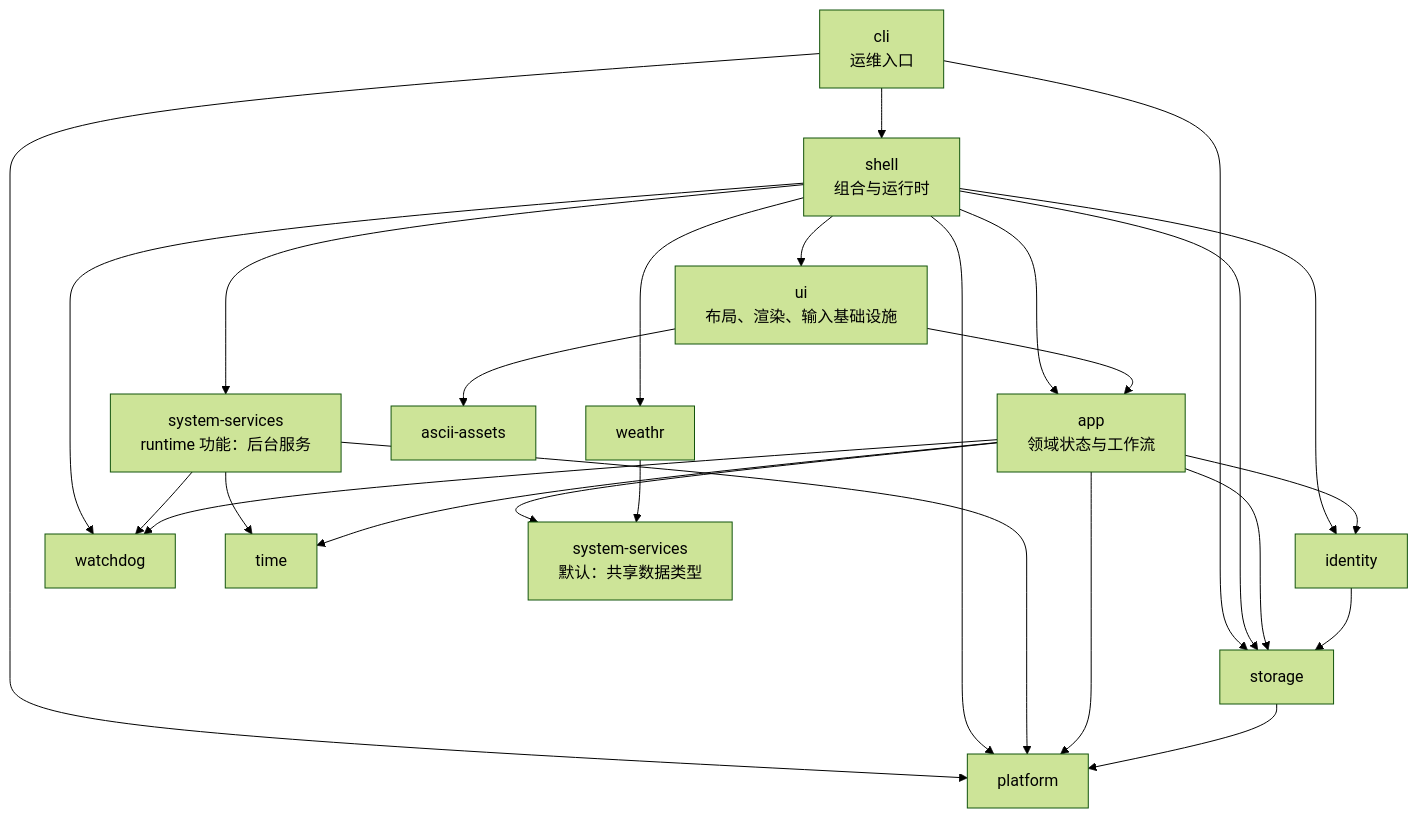
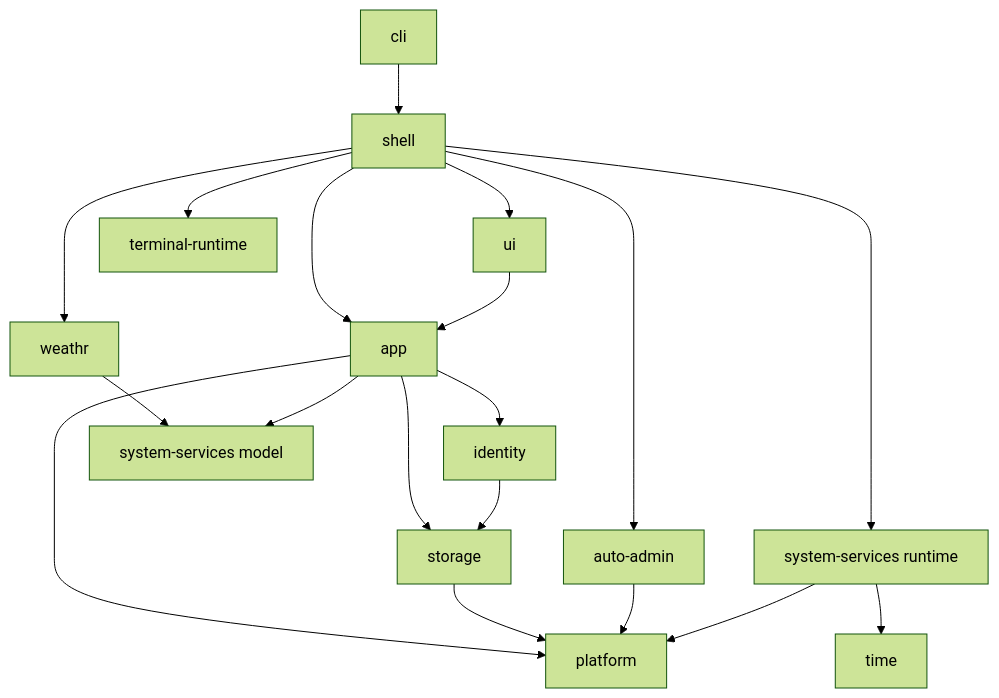
Before and after one commit to peixuanthomas/TundraUX3: the second of 2 diagrams in docs/README-TECHNICAL.md, drawn with Mermaid (forest theme). The commit also changed other lines of this file and 234 other files, not shown here.

````diff
--- a/docs/README-TECHNICAL.md
+++ b/docs/README-TECHNICAL.md
@@ -156,31 +62,21 @@
 ```mermaid
 flowchart TD
-    CLI["cli<br/>运维入口"] --> SHELL["shell<br/>组合与运行时"]
-    CLI --> STORAGE["storage"]
-    CLI --> PLATFORM["platform"]
-
-    SHELL --> UI["ui<br/>布局、渲染、输入基础设施"]
-    SHELL --> APP["app<br/>领域状态与工作流"]
-    SHELL --> IDENTITY["identity"]
-    SHELL --> STORAGE
-    SHELL --> PLATFORM
-    SHELL --> WEATHR["weathr"]
-    SHELL --> WATCHDOG["watchdog"]
-    SHELL --> SERVICES["system-services<br/>runtime 功能：后台服务"]
-    SERVICES --> PLATFORM
-    SERVICES --> TIME["time"]
-    SERVICES --> WATCHDOG
-
+    CLI[cli] --> SHELL[shell]
+    SHELL --> UI[ui]
+    SHELL --> APP[app]
+    SHELL --> TERMINAL[terminal-runtime]
+    SHELL --> AA[auto-admin]
+    SHELL --> SERVICE[system-services runtime]
+    SHELL --> WEATHER[weathr]
     UI --> APP
-    APP --> IDENTITY
-    APP --> STORAGE
-    APP --> PLATFORM
-    APP --> TIME
-    APP --> WATCHDOG
-    APP --> MODEL["system-services<br/>默认：共享数据类型"]
-
-    IDENTITY --> STORAGE
-    STORAGE --> PLATFORM
-    WEATHR --> MODEL
-    UI --> ASCII["ascii-assets"]
+    APP --> ID[identity]
+    APP --> STORE[storage]
+    APP --> PLATFORM[platform]
+    ID --> STORE
+    STORE --> PLATFORM
+    AA --> PLATFORM
+    SERVICE --> PLATFORM
+    SERVICE --> TIME[time]
+    WEATHER --> MODEL[system-services model]
+    APP --> MODEL
 ```
````
